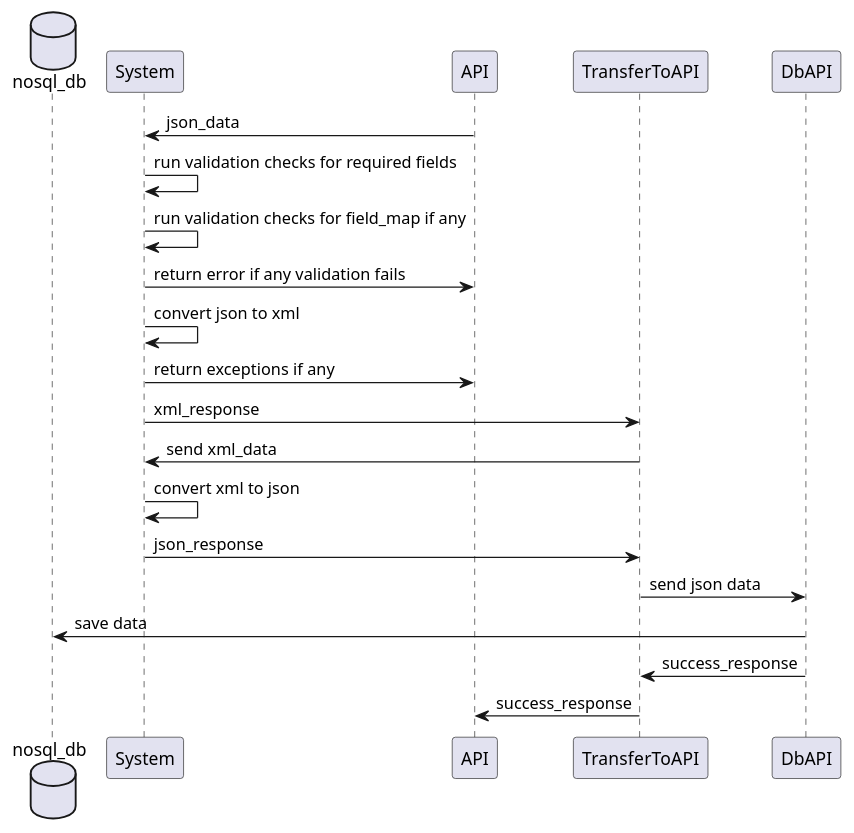
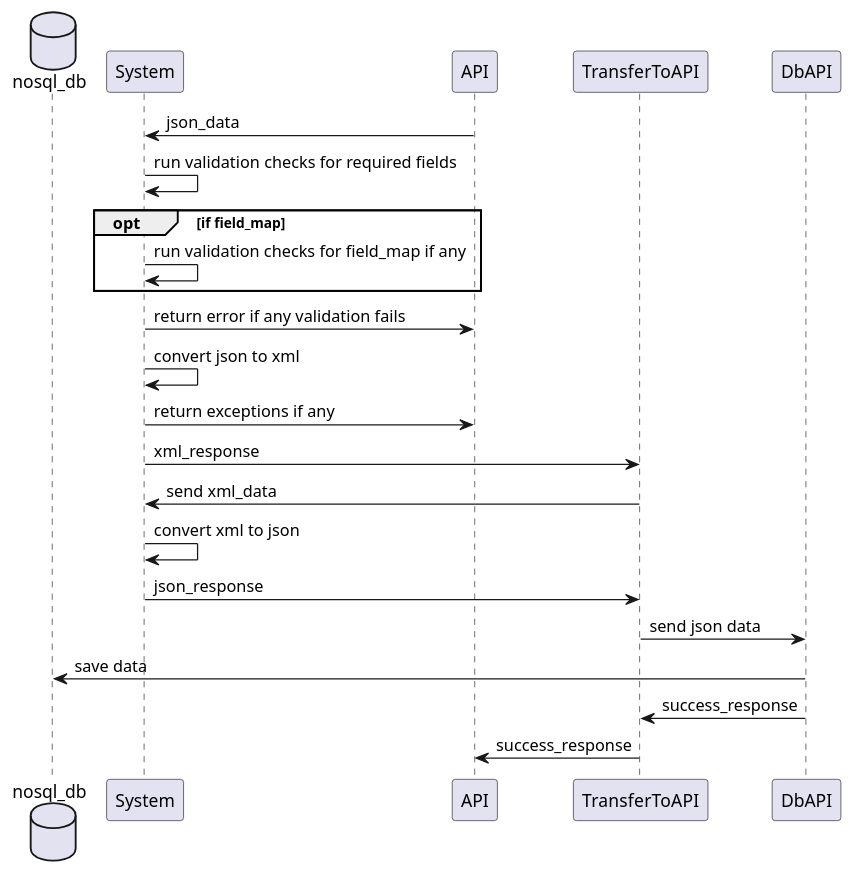
One commit to sadeeqilu/JsonToXML changed the diagram in json_to_xml/src/uml.wsd. Above: the diagram before and after it, drawn with PlantUML.

Commit message:
added opt in uml

```diff
--- a/json_to_xml/src/uml.wsd
+++ b/json_to_xml/src/uml.wsd
@@ -1,17 +1,19 @@
 @startuml
 database nosql_db
 System <- API : json_data
 System -> System : run validation checks for required fields
-System -> System : run validation checks for field_map if any
+opt if field_map
+    System -> System : run validation checks for field_map if any
+end
 System -> API : return error if any validation fails
 System -> System : convert json to xml
 System -> API : return exceptions if any
 TransferToAPI <- System : xml_response
 TransferToAPI -> System : send xml_data
 System -> System : convert xml to json
 System -> TransferToAPI : json_response
 TransferToAPI -> DbAPI : send json data
 DbAPI -> nosql_db : save data
 DbAPI -> TransferToAPI : success_response
 TransferToAPI -> API : success_response
 @enduml
```
